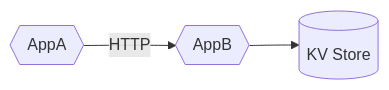
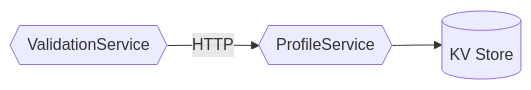
Before and after one commit to diagrid-labs/dapr-resiliency-and-durable-execution: the diagram in README.md, drawn with Mermaid. The commit also changed other lines of this file, not shown here.

Commit message:
Update README with new diagrams and text

````diff
--- a/README.md
+++ b/README.md
@@ -65,8 +68,8 @@
 ```mermaid
 graph LR
-    A{{AppA}}
-    B{{AppB}}
+    A{{ValidationService}}
+    B{{ProfileService}}
     State[(KV Store)]
     A --HTTP--> B
     B --> State
 ```
````
